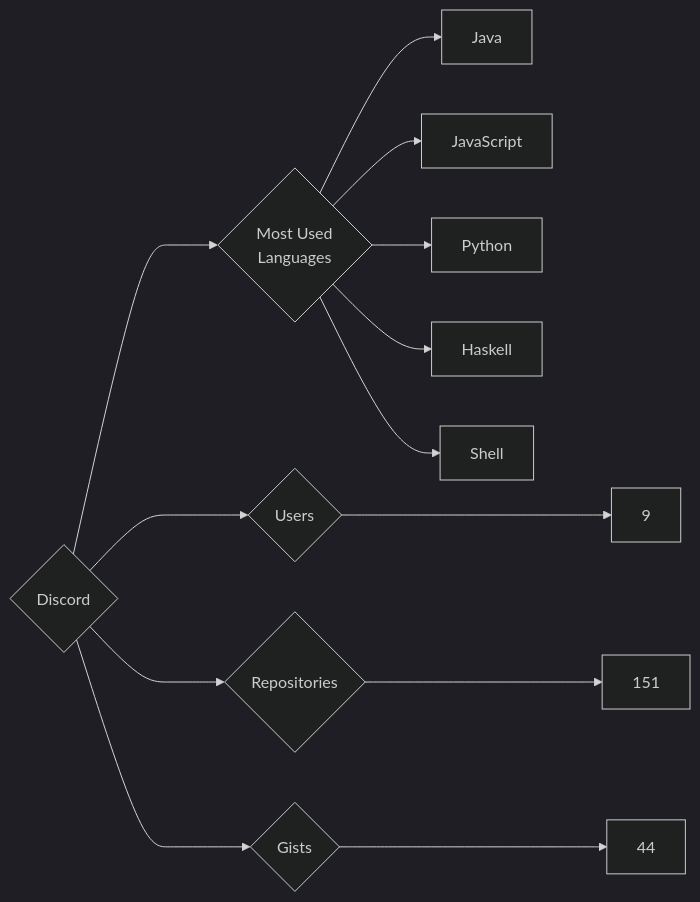
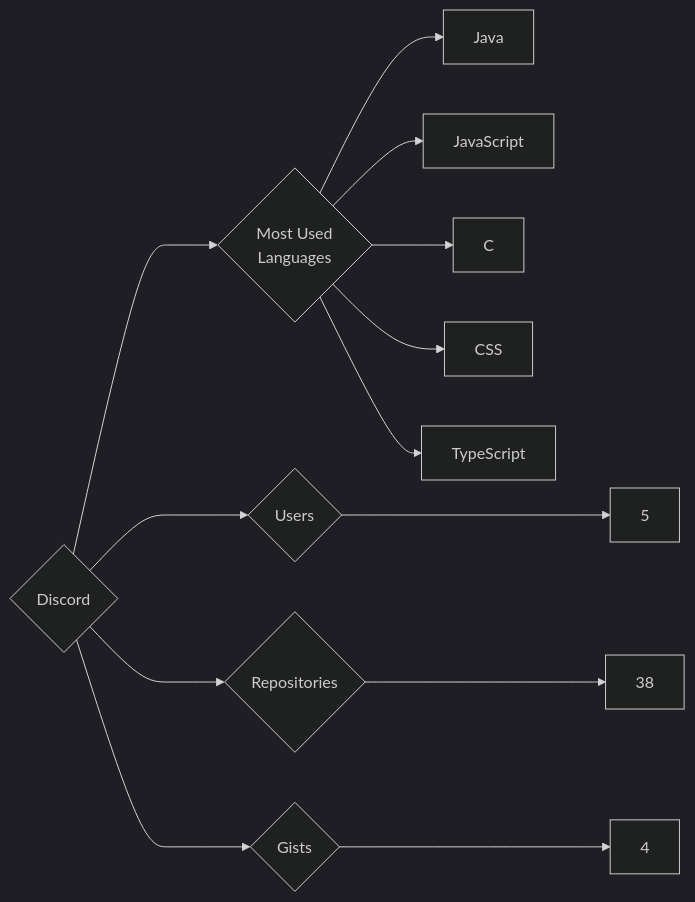
One commit to trickest/insiders changed the diagram in targets/Discord/README.md. Above: the diagram before and after it, drawn with Mermaid (dark theme). The commit also changed 1166 other files, not shown here.

````diff
--- a/targets/Discord/README.md
+++ b/targets/Discord/README.md
@@ -3,13 +3,13 @@
 ```mermaid
 graph LR
 COMPANY_NAME{Discord}
-COMPANY_NAME ---> U{Users} ---> UN[9]
-COMPANY_NAME ---> R{Repositories} ---> RN[151]
-COMPANY_NAME ---> G{Gists} ---> GN[44]
+COMPANY_NAME ---> U{Users} ---> UN[5]
+COMPANY_NAME ---> R{Repositories} ---> RN[38]
+COMPANY_NAME ---> G{Gists} ---> GN[4]
 COMPANY_NAME ---> ML{Most Used<br>Languages}
 ML --> Java[Java]
 ML --> JavaScript[JavaScript]
-ML --> Python[Python]
-ML --> Haskell[Haskell]
-ML --> Shell[Shell]
+ML --> C[C]
+ML --> CSS[CSS]
+ML --> TypeScript[TypeScript]
 ```
````
